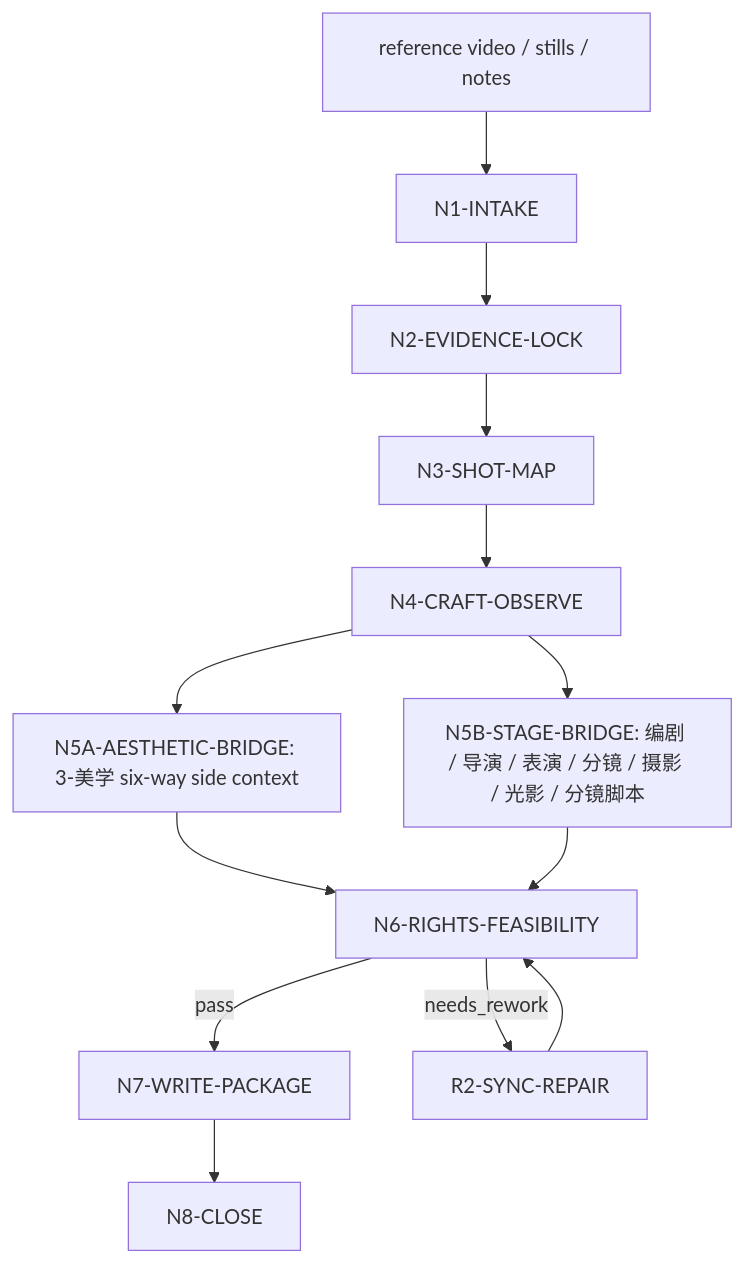
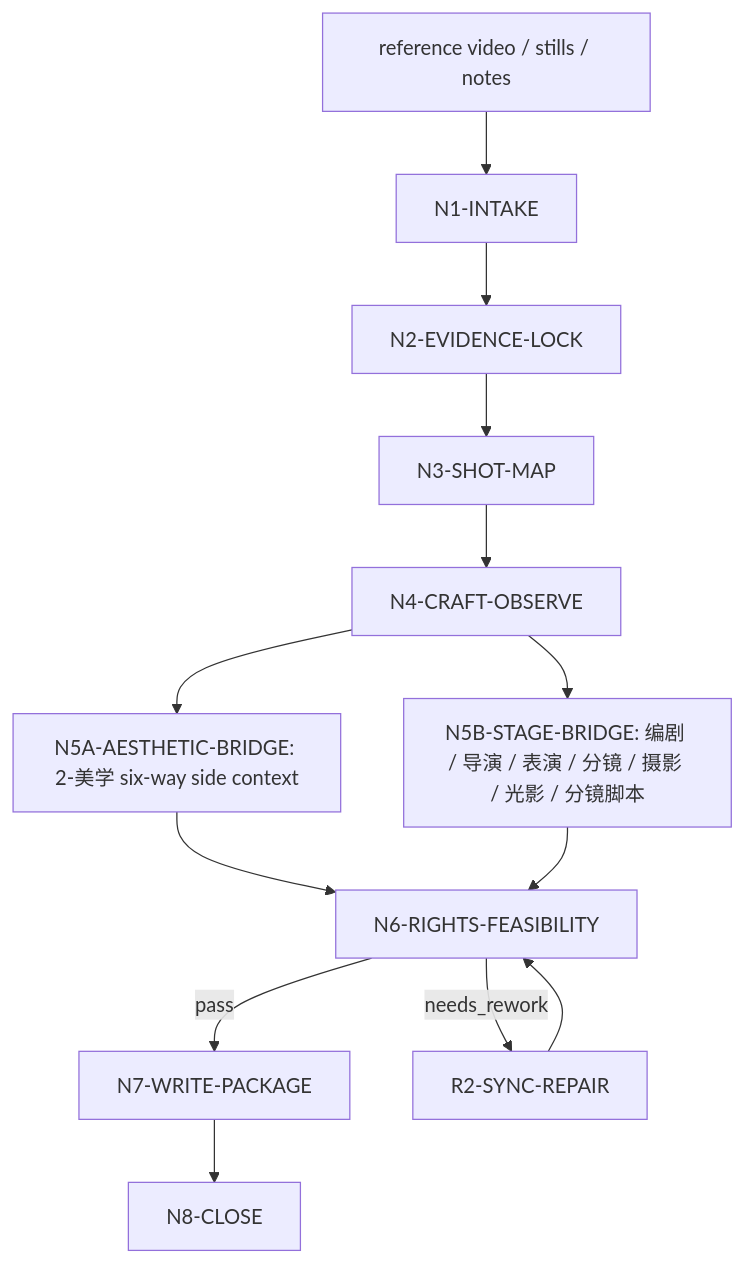
The first of 2 diagrams in .agents/skills/aigc/shot-by-shot/SKILL.md (ZEN-VOID/AI-CUT), drawn with Mermaid before and after one commit. The commit also changed other lines of this file and 1012 other files, not shown here.

````diff
--- a/.agents/skills/aigc/shot-by-shot/SKILL.md
+++ b/.agents/skills/aigc/shot-by-shot/SKILL.md
@@ -148,15 +148,15 @@
 ```mermaid
 flowchart TD
     A["reference video / stills / notes"] --> B["N1-INTAKE"]
     B --> C["N2-EVIDENCE-LOCK"]
     C --> D["N3-SHOT-MAP"]
     D --> E["N4-CRAFT-OBSERVE"]
-    E --> F1["N5A-AESTHETIC-BRIDGE: 3-美学 six-way side context"]
+    E --> F1["N5A-AESTHETIC-BRIDGE: 2-美学 six-way side context"]
     E --> F2["N5B-STAGE-BRIDGE: 编剧 / 导演 / 表演 / 分镜 / 摄影 / 光影 / 分镜脚本"]
     F1 --> G["N6-RIGHTS-FEASIBILITY"]
     F2 --> G
     G -->|"pass"| H["N7-WRITE-PACKAGE"]
     G -->|"needs_rework"| R["R2-SYNC-REPAIR"]
     H --> I["N8-CLOSE"]
     R --> G
 ```
````
